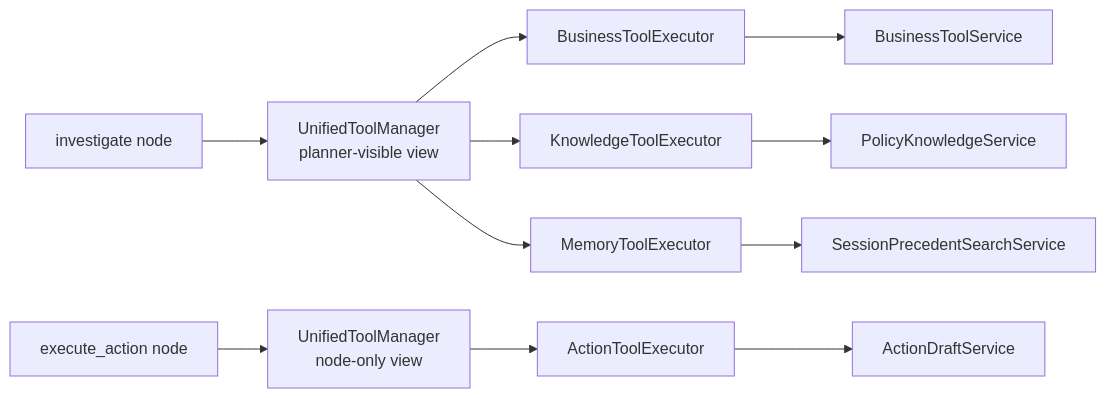
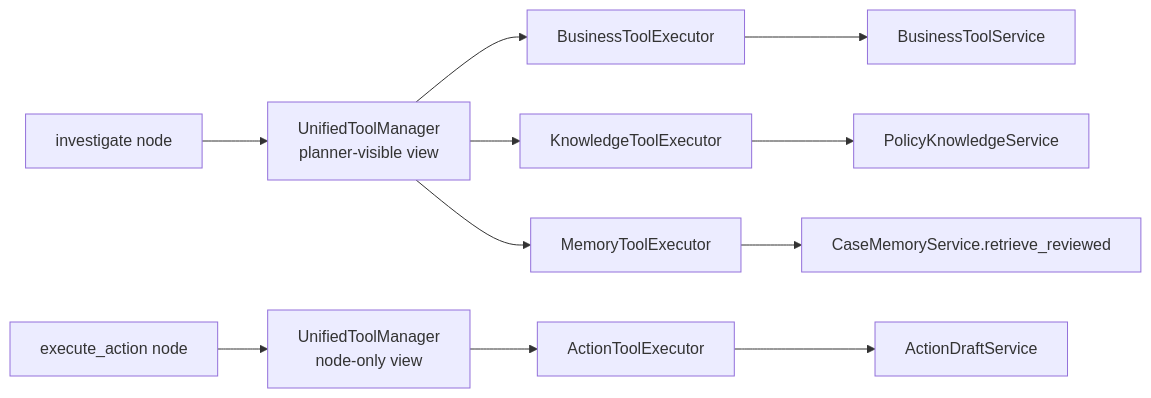
Before and after one commit to weijie567/MOCA: the third of 4 diagrams in docs/architecture-overview.md, drawn with Mermaid. The commit also changed other lines of this file and 2 other files, not shown here.

First line of the commit message:
docs(46-01): reconcile reviewed case memory docs

````diff
--- a/docs/architecture-overview.md
+++ b/docs/architecture-overview.md
@@ -274,14 +274,14 @@
 ```mermaid
 graph LR
     Investigate[investigate node] --> PlannerView[UnifiedToolManager\nplanner-visible view]
     PlannerView --> BusinessExec[BusinessToolExecutor]
     PlannerView --> KnowledgeExec[KnowledgeToolExecutor]
     PlannerView --> MemoryExec[MemoryToolExecutor]
     BusinessExec --> BusinessSvc[BusinessToolService]
     KnowledgeExec --> KnowledgeSvc[PolicyKnowledgeService]
-    MemoryExec --> MemorySvc[SessionPrecedentSearchService]
+    MemoryExec --> MemorySvc[CaseMemoryService.retrieve_reviewed]
 
     Execute[execute_action node] --> NodeOnly[UnifiedToolManager\nnode-only view]
     NodeOnly --> ActionExec[ActionToolExecutor]
     ActionExec --> ActionSvc[ActionDraftService]
 ```
````
